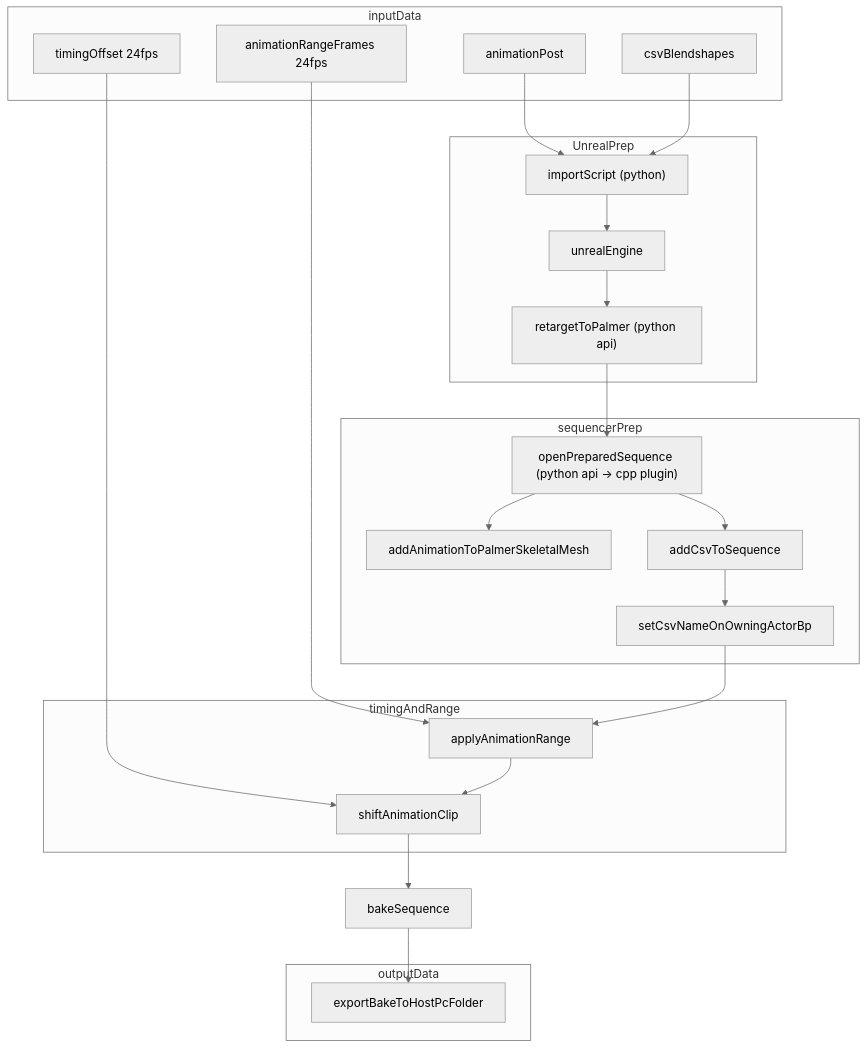
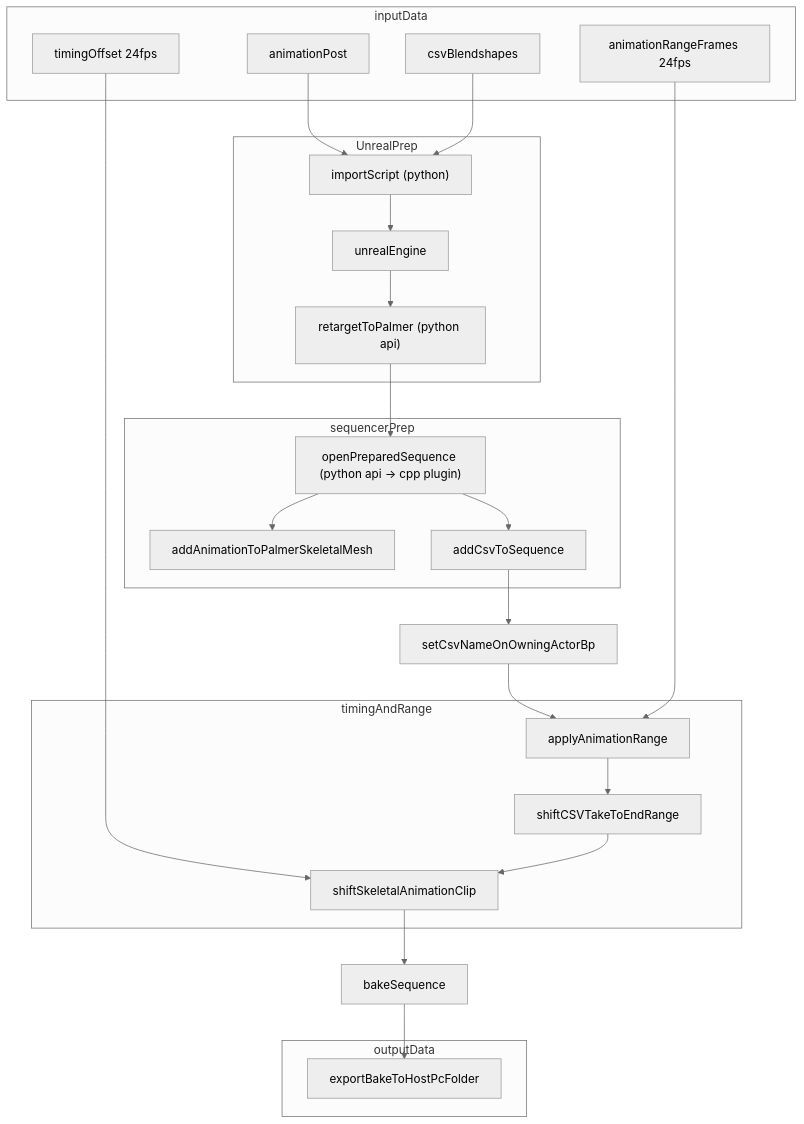
Before and after one commit to J-Andersen-UvA/ToucanVault: the diagram in Bake Skel and bs together.md, drawn with Mermaid (neutral theme). The commit also changed other lines of this file, not shown here.

Commit message:
vault backup: 2026-03-03 11:45:08

````diff
--- a/Bake Skel and bs together.md
+++ b/Bake Skel and bs together.md
@@ -23,42 +28,44 @@
 ```mermaid
 flowchart TD
 
     subgraph inputData
         a1["timingOffset 24fps"]
         a3["animationRangeFrames 24fps"]
         a4["animationPost"]
         a5["csvBlendshapes"]
     end
 
 	subgraph UnrealPrep
 	    a4 --> b1["importScript (python)"]
 	    a5 --> b1
 	
 	    b1 --> b2["unrealEngine"]
 	
 	    b2 --> c1["retargetToPalmer (python api)"]
 	end
 
 	subgraph sequencerPrep
 	    c1 --> d1["openPreparedSequence (python api -> cpp plugin)"]
 	
 	    d1 --> d2["addAnimationToPalmerSkeletalMesh"]
 	    d1 --> d3["addCsvToSequence"]
-	
-	    d3 --> d4["setCsvNameOnOwningActorBp"]
 	end
+
+	d4["setCsvNameOnOwningActorBp"]
+	d3 --> d4
+	d4 --> d5
 
 	subgraph timingAndRange
 	    a3 --> d5["applyAnimationRange"]
-	    d4 --> d5
-	    a1 --> d7["shiftAnimationClip"]
-	    d5 --> d7
+	    a1 --> d7["shiftSkeletalAnimationClip"]
+	    d5 --> d6["shiftCSVTakeToEndRange"]
+	    d6 --> d7
 	end
 
     d7 --> e1["bakeSequence"]
 
 	e1 --> f1["exportBakeToHostPcFolder"]
 	subgraph outputData
 		f1
 	end
 ```
````
